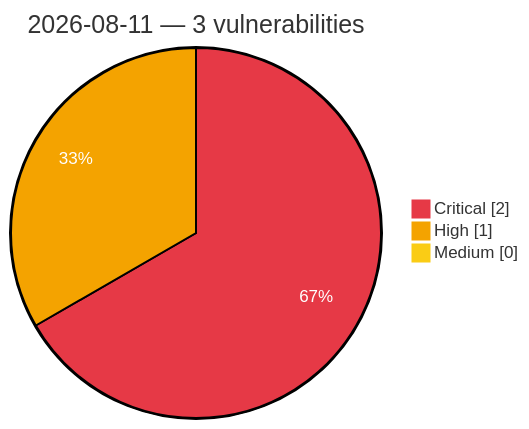
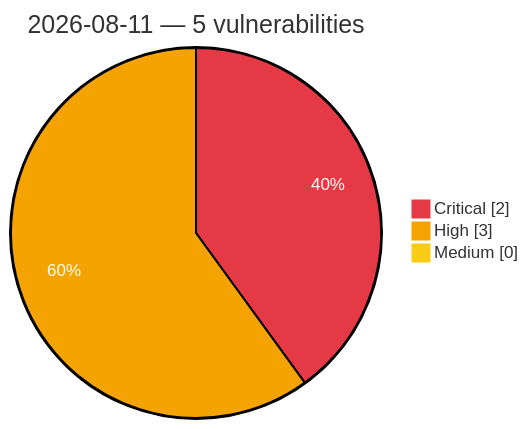
Before and after one commit to GhostX0X/vuln-tracker: the diagram in vulnerabilities/2026/August/2026-08-11.md, drawn with Mermaid. The commit also changed other lines of this file and 5 other files, not shown here.

````diff
--- a/vulnerabilities/2026/August/2026-08-11.md
+++ b/vulnerabilities/2026/August/2026-08-11.md
@@ -3,8 +3,8 @@
 ```mermaid
 %%{init: {'theme':'base', 'themeVariables': {'pie1':'#e63946', 'pie2':'#f4a300', 'pie3':'#facc15', 'pieOpacity':'1', 'pieOuterStrokeWidth':'2px', 'pieSectionTextColor':'#ffffff'}}}%%
 pie showData
-    title 2026-08-11 — 3 vulnerabilities
+    title 2026-08-11 — 5 vulnerabilities
     "Critical" : 2
-    "High" : 1
+    "High" : 3
     "Medium" : 0
 ```
````
